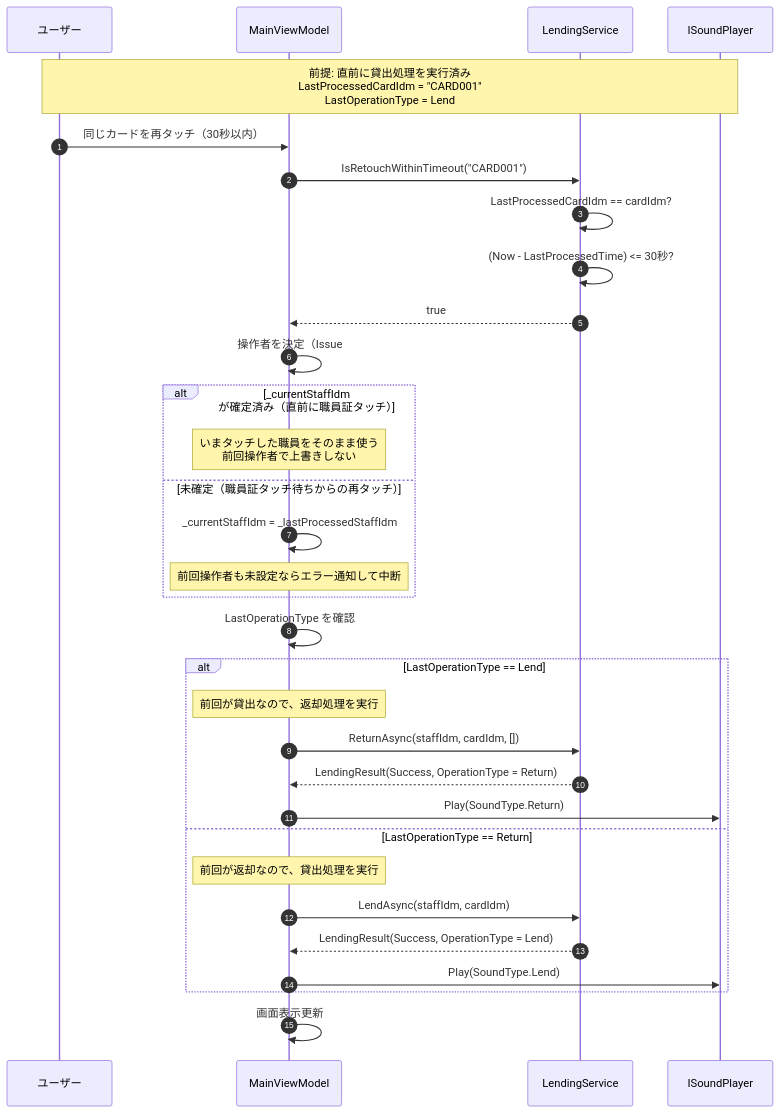
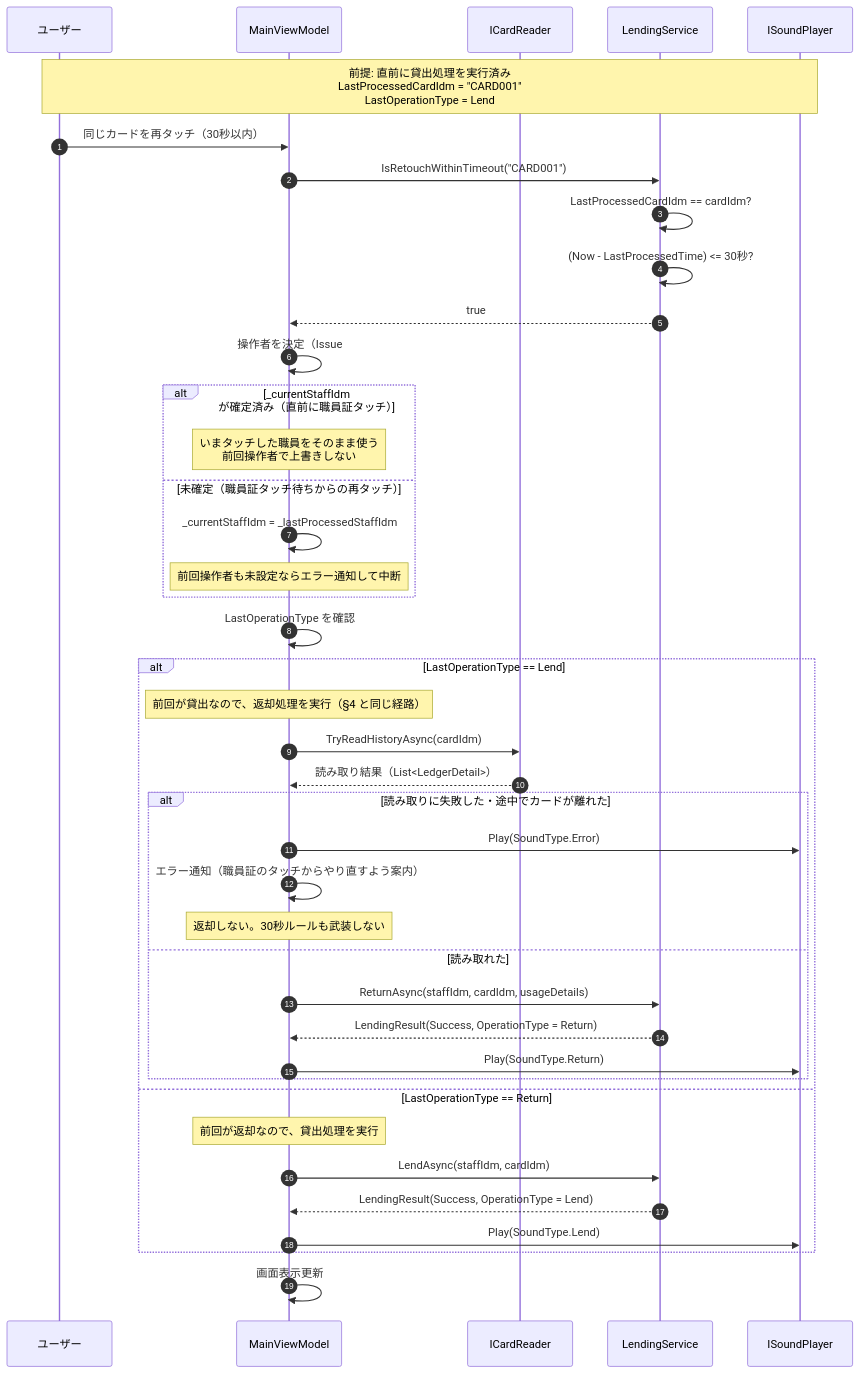
Before and after one commit to kuwayamamasayuki/ICCardManager: the fifth of 17 diagrams in ICCardManager/docs/design/06_シーケンス図.md, drawn with Mermaid. The commit also changed other lines of this file and 3 other files, not shown here.

First line of the commit message:
docs: シーケンス図（06）の記述を現在の実装に合わせた（#2310）

````diff
--- a/ICCardManager/docs/design/06_シーケンス図.md
+++ b/ICCardManager/docs/design/06_シーケンス図.md
@@ -327,42 +384,51 @@
 ```mermaid
 sequenceDiagram
     autonumber
     participant User as ユーザー
     participant VM as MainViewModel
+    participant Reader as ICardReader
     participant LS as LendingService
     participant Sound as ISoundPlayer
 
     Note over User,Sound: 前提: 直前に貸出処理を実行済み<br/>LastProcessedCardIdm = "CARD001"<br/>LastOperationType = Lend
 
     User->>VM: 同じカードを再タッチ（30秒以内）
 
     VM->>LS: IsRetouchWithinTimeout("CARD001")
     LS->>LS: LastProcessedCardIdm == cardIdm?
     LS->>LS: (Now - LastProcessedTime) <= 30秒?
     LS-->>VM: true
 
     VM->>VM: 操作者を決定（Issue #1729）
 
     alt _currentStaffIdm が確定済み（直前に職員証タッチ）
         Note over VM: いまタッチした職員をそのまま使う<br/>前回操作者で上書きしない
     else 未確定（職員証タッチ待ちからの再タッチ）
         VM->>VM: _currentStaffIdm = _lastProcessedStaffIdm
         Note over VM: 前回操作者も未設定ならエラー通知して中断
     end
 
     VM->>VM: LastOperationType を確認
 
     alt LastOperationType == Lend
-        Note over VM: 前回が貸出なので、返却処理を実行
-        VM->>LS: ReturnAsync(staffIdm, cardIdm, [])
-        LS-->>VM: LendingResult(Success, OperationType = Return)
-        VM->>Sound: Play(SoundType.Return)
+        Note over VM: 前回が貸出なので、返却処理を実行（§4 と同じ経路）
+        VM->>Reader: TryReadHistoryAsync(cardIdm)
+        Reader-->>VM: 読み取り結果（List<LedgerDetail>）
+        alt 読み取りに失敗した・途中でカードが離れた
+            VM->>Sound: Play(SoundType.Error)
+            VM->>VM: エラー通知（職員証のタッチからやり直すよう案内）
+            Note over VM: 返却しない。30秒ルールも武装しない
+        else 読み取れた
+            VM->>LS: ReturnAsync(staffIdm, cardIdm, usageDetails)
+            LS-->>VM: LendingResult(Success, OperationType = Return)
+            VM->>Sound: Play(SoundType.Return)
+        end
     else LastOperationType == Return
         Note over VM: 前回が返却なので、貸出処理を実行
         VM->>LS: LendAsync(staffIdm, cardIdm)
         LS-->>VM: LendingResult(Success, OperationType = Lend)
         VM->>Sound: Play(SoundType.Lend)
     end
 
     VM->>VM: 画面表示更新
 ```
````
